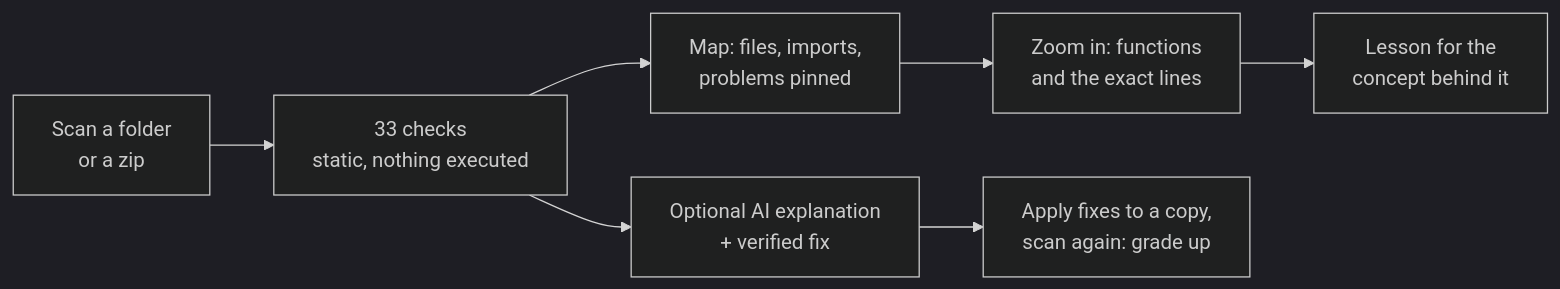
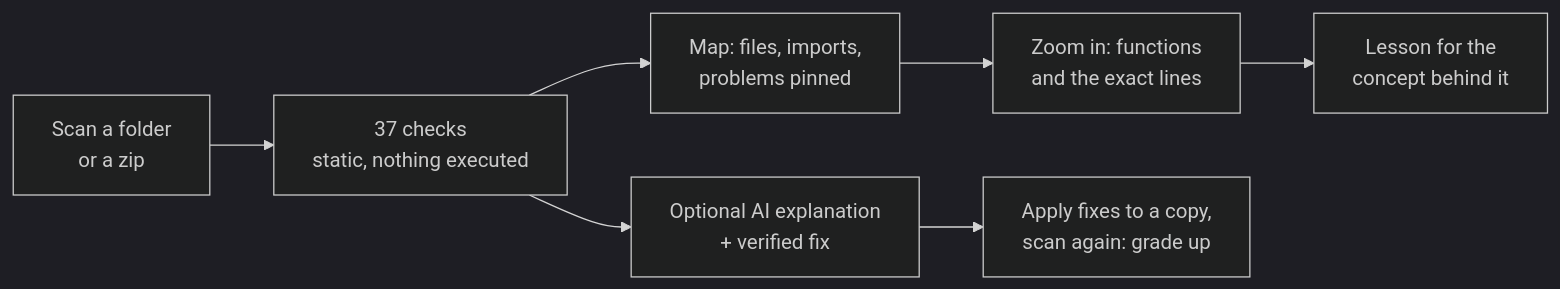
One commit to OmarAbuLayla/shipshape changed the diagram in README.md. Above: the diagram before and after it, drawn with Mermaid (dark theme). The commit also changed other lines of this file and 27 other files, not shown here.

````diff
--- a/README.md
+++ b/README.md
@@ -13,9 +13,9 @@
 ```mermaid
 flowchart LR
-    A[Scan a folder<br/>or a zip] --> B[33 checks<br/>static, nothing executed]
+    A[Scan a folder<br/>or a zip] --> B[37 checks<br/>static, nothing executed]
     B --> C[Map: files, imports,<br/>problems pinned]
     C --> D[Zoom in: functions<br/>and the exact lines]
     B --> E[Optional AI explanation<br/>+ verified fix]
     E --> F[Apply fixes to a copy,<br/>scan again: grade up]
     D --> G[Lesson for the<br/>concept behind it]
 ```
````
